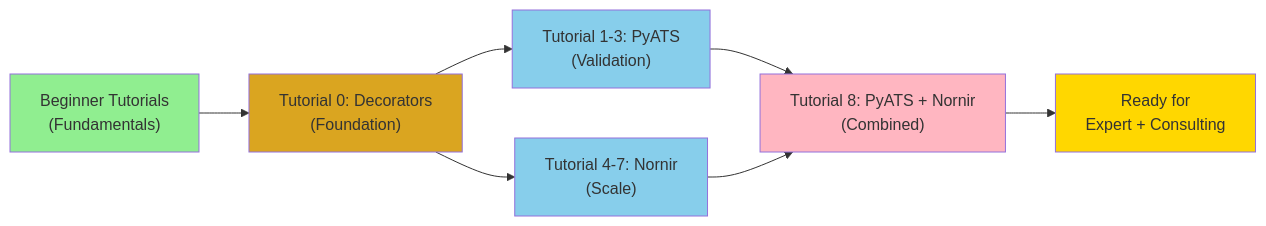
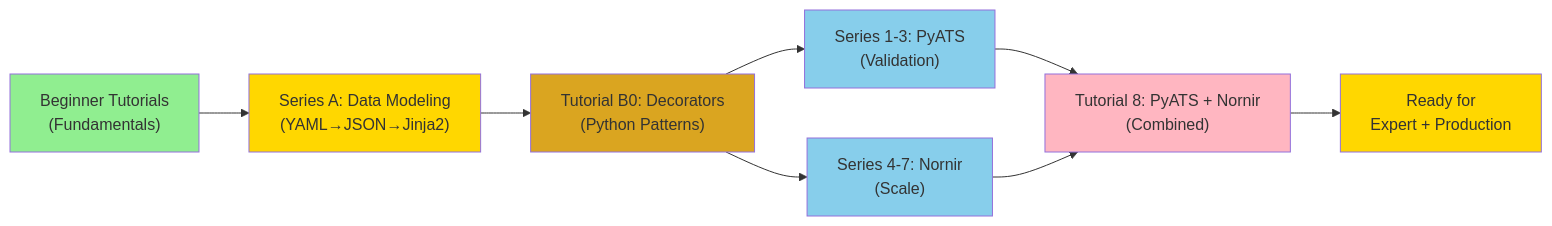
The diagram in docs/tutorials/intermediate/index.md (Nautomation-Prime/nautomation-prime.github.io), drawn with Mermaid before and after one commit. The commit also changed other lines of this file and 4 other files, not shown here.

Commit message:
Add comprehensive data models tutorials (YAML, JSON, Jinja2)

````diff
--- a/docs/tutorials/intermediate/index.md
+++ b/docs/tutorials/intermediate/index.md
@@ -408,16 +500,18 @@
 ```mermaid
 graph LR
-    A["Beginner Tutorials<br>(Fundamentals)"] --> B["Tutorial 0: Decorators<br>(Foundation)"]
-    B --> C["Tutorial 1-3: PyATS<br>(Validation)"]
-    B --> D["Tutorial 4-7: Nornir<br>(Scale)"]
-    C --> E["Tutorial 8: PyATS + Nornir<br>(Combined)"]
-    D --> E
-    E --> F["Ready for<br>Expert + Consulting"]
-    
+    A["Beginner Tutorials<br>(Fundamentals)"] --> B["Series A: Data Modeling<br>(YAML→JSON→Jinja2)"]
+    B --> C["Tutorial B0: Decorators<br>(Python Patterns)"]
+    C --> D["Series 1-3: PyATS<br>(Validation)"]
+    C --> E["Series 4-7: Nornir<br>(Scale)"]
+    D --> F["Tutorial 8: PyATS + Nornir<br>(Combined)"]
+    E --> F
+    F --> G["Ready for<br>Expert + Production"]
+
     style A fill:#90EE90
-    style B fill:#DAA520
-    style C fill:#87CEEB
+    style B fill:#FFD700
+    style C fill:#DAA520
     style D fill:#87CEEB
-    style E fill:#FFB6C1
-    style F fill:#FFD700
+    style E fill:#87CEEB
+    style F fill:#FFB6C1
+    style G fill:#FFD700
 ```
````
